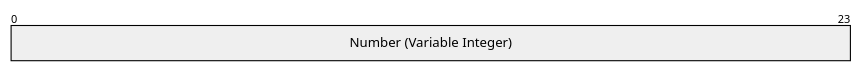
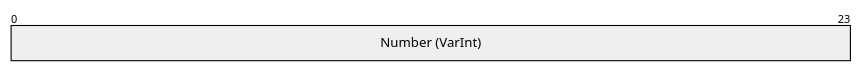
Before and after one commit to AquaBx/msink-reader: the sixth of 8 diagrams in README.md, drawn with Mermaid. The commit also changed other lines of this file and 1 other file, not shown here.

````diff
--- a/README.md
+++ b/README.md
@@ -94,5 +85,5 @@
 ```mermaid
 %%{init: { "packet": { "bitsPerRow": 24 } }}%%
 packet
-+24: "Number (Variable Integer)"
++24: "Number (VarInt)"
 ```
````
